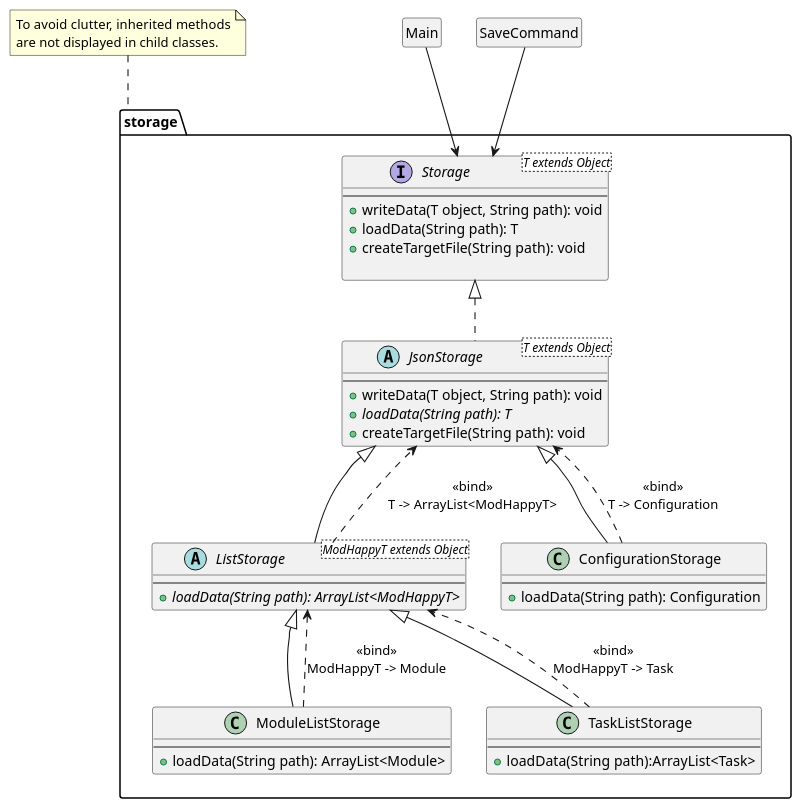
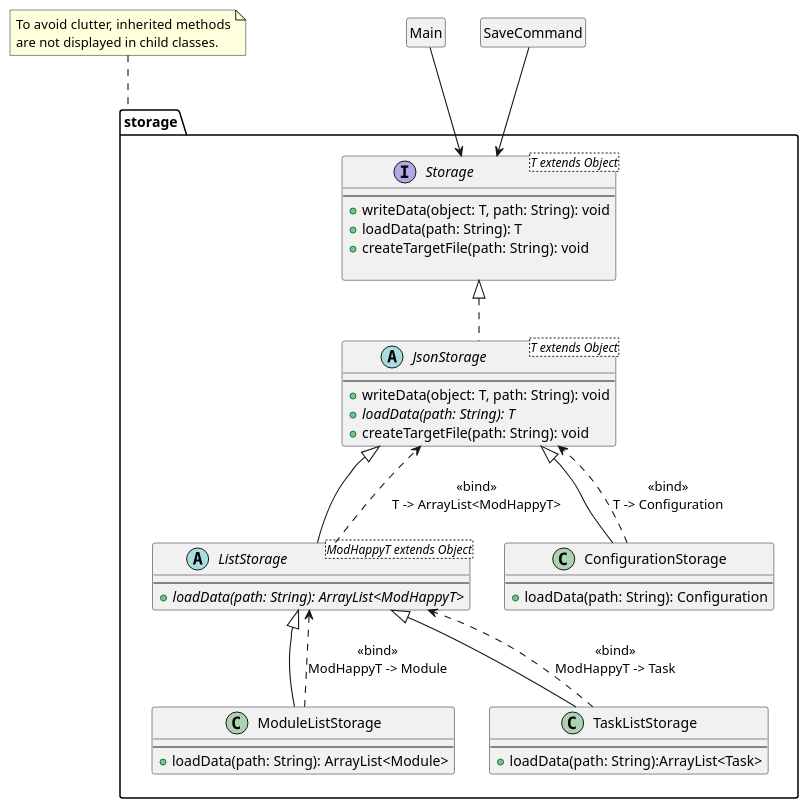
One commit to nus-cs2113-AY2122S2/tp changed the diagram in docs/Storage.puml. Above: the diagram before and after it, drawn with PlantUML. The commit also changed 3 other files, not shown here.

Commit message:
Fix UML diagrams

```diff
--- a/docs/Storage.puml
+++ b/docs/Storage.puml
@@ -1,70 +1,67 @@
 @startuml
 skinparam arrowThickness 1.1
 'I wasn't able to find a consistent standard for bound elements, so I just picked one
 package storage {
     interface Storage <T extends Object> {
         --
-        + writeData(T object, String path): void
-        + loadData(String path): T
-        + createTargetFile(String path): void
+        + writeData(object: T, path: String): void
+        + loadData(path: String): T
+        + createTargetFile(path: String): void
 
     }
 
     abstract class JsonStorage <T extends Object> implements Storage {
        --
-       + writeData(T object, String path): void
-       + {abstract} loadData(String path): T
-       + createTargetFile(String path): void
+       + writeData(object: T, path: String): void
+       + {abstract} loadData(path: String): T
+       + createTargetFile(path: String): void
     }
 
     abstract class ListStorage <ModHappyT extends Object> extends JsonStorage {
        --
-       + {abstract} loadData(String path): ArrayList<ModHappyT>
+       + {abstract} loadData(path: String): ArrayList<ModHappyT>
     }
 
     ListStorage ..> JsonStorage : <<bind>>\nT -> ArrayList<ModHappyT>
 
     class ConfigurationStorage extends JsonStorage {
        --
-       + loadData(String path): Configuration
+       + loadData(path: String): Configuration
     }
 
     ConfigurationStorage ..> JsonStorage : <<bind>>\nT -> Configuration
 
     class ModuleListStorage extends ListStorage {
        --
-       + loadData(String path): ArrayList<Module>
+       + loadData(path: String): ArrayList<Module>
     }
 
     ModuleListStorage ..> ListStorage : <<bind>>\nModHappyT -> Module
 
     class TaskListStorage extends ListStorage {
        --
-       + loadData(String path):ArrayList<Task>
+       + loadData(path: String):ArrayList<Task>
     }
 
     TaskListStorage ..> ListStorage : <<bind>>\nModHappyT -> Task
 }
 
 note top of storage
 To avoid clutter, inherited methods
 are not displayed in child classes.
 end note
 
 Class Main
 hide Main circle
 hide Main attributes
 hide Main methods
 
 Class SaveCommand
 hide SaveCommand circle
 hide SaveCommand attributes
 hide SaveCommand methods
 
 Main--> Storage
 SaveCommand --> Storage
 
-
-
-
 @enduml
```
